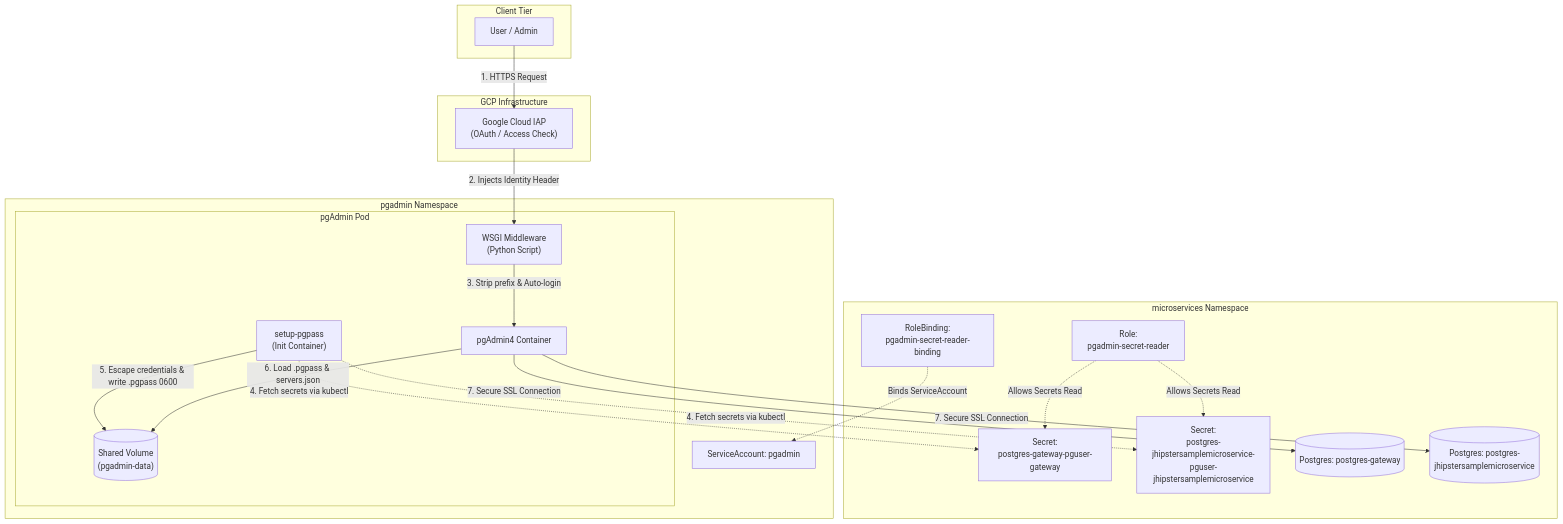
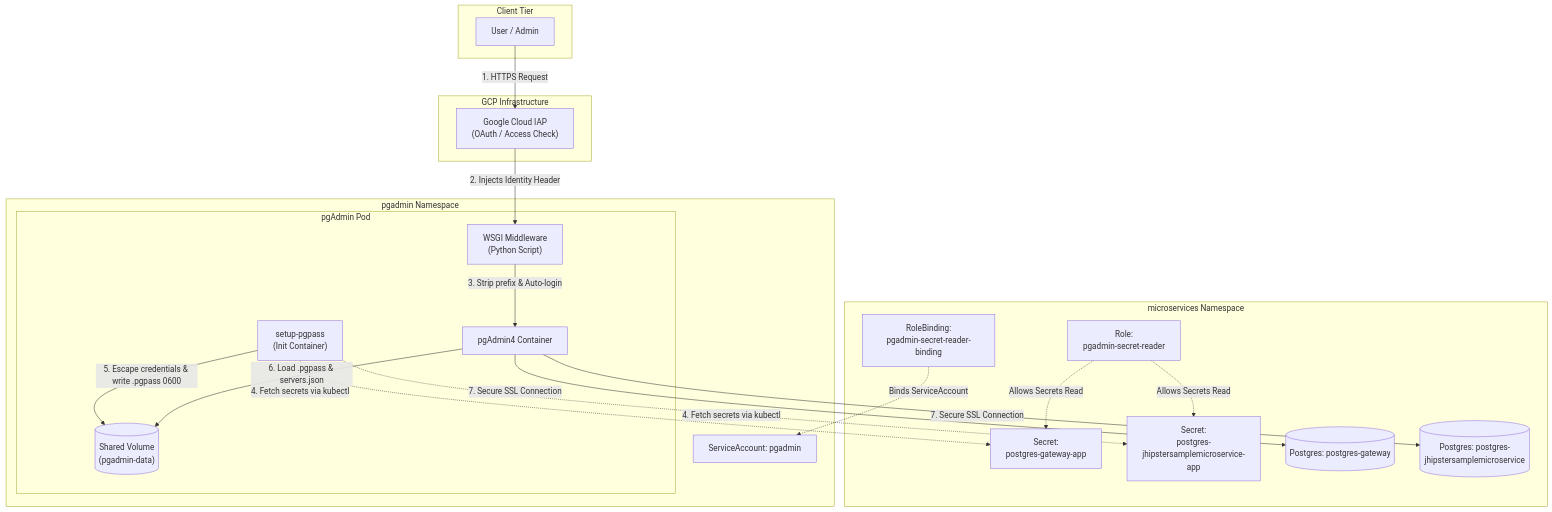
The third of 8 diagrams in README.md (nubenetes/jenkins-2026), drawn with Mermaid before and after one commit. The commit also changed other lines of this file, not shown here.

Commit message:
Update README with CloudNative-PG database architecture, sizing, and playbooks

````diff
--- a/README.md
+++ b/README.md
@@ -343,48 +381,48 @@
 ```mermaid
 graph TD
     subgraph "Client Tier"
         User["User / Admin"]
     end
 
     subgraph "GCP Infrastructure"
         IAP["Google Cloud IAP<br/>(OAuth / Access Check)"]
     end
 
     subgraph "pgadmin Namespace"
         sa_pg["ServiceAccount: pgadmin"]
         subgraph "pgAdmin Pod"
             wsgi["WSGI Middleware<br/>(Python Script)"]
             main_c["pgAdmin4 Container"]
             init_c["setup-pgpass<br/>(Init Container)"]
             vol_data[("Shared Volume<br/>(pgadmin-data)")]
         end
     end
 
     subgraph "microservices Namespace"
-        sec_gw["Secret:<br/>postgres-gateway-pguser-gateway"]
-        sec_ms["Secret:<br/>postgres-jhipstersamplemicroservice-pguser-jhipstersamplemicroservice"]
+        sec_gw["Secret:<br/>postgres-gateway-app"]
+        sec_ms["Secret:<br/>postgres-jhipstersamplemicroservice-app"]
         rb_pg["RoleBinding:<br/>pgadmin-secret-reader-binding"]
         role_pg["Role:<br/>pgadmin-secret-reader"]
         db_gw[("Postgres: postgres-gateway")]
         db_ms[("Postgres: postgres-jhipstersamplemicroservice")]
     end
 
     %% Authentication Flow
     User -->|1. HTTPS Request| IAP
     IAP -->|2. Injects Identity Header| wsgi
     wsgi -->|3. Strip prefix & Auto-login| main_c
 
     %% RBAC Binding & Secrets Reading
     rb_pg -.->|Binds ServiceAccount| sa_pg
     role_pg -.->|Allows Secrets Read| sec_gw
     role_pg -.->|Allows Secrets Read| sec_ms
     
     init_c -.->|4. Fetch secrets via kubectl| sec_gw
     init_c -.->|4. Fetch secrets via kubectl| sec_ms
     init_c -->|5. Escape credentials & write .pgpass 0600| vol_data
 
     %% Server Connectivity
     main_c -->|6. Load .pgpass & servers.json| vol_data
     main_c -->|7. Secure SSL Connection| db_gw
     main_c -->|7. Secure SSL Connection| db_ms
 ```
````
